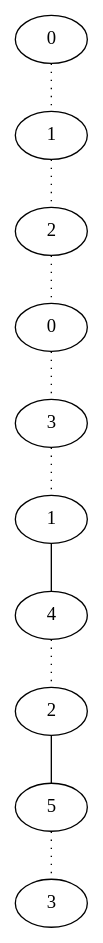
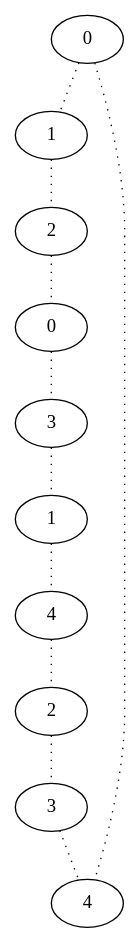
Before and after one commit to d1laj/Stage-M2: the diagram in TestPathsv1/result/10.dot, drawn with Graphviz. The commit also changed 12 other files, not shown here.

```diff
--- a/TestPathsv1/result/10.dot
+++ b/TestPathsv1/result/10.dot
@@ -1,21 +1,22 @@
 graph {
 a[label=0]
 b[label=1]
 c[label=2]
 d[label=0]
 e[label=3]
 f[label=1]
 g[label=4]
 h[label=2]
-i[label=5]
-j[label=3]
+i[label=3]
+j[label=4]
 a -- b [style=dotted];
 b -- c [style=dotted];
 c -- d [style=dotted];
 d -- e [style=dotted];
 e -- f [style=dotted];
-f -- g;
+f -- g [style=dotted];
 g -- h [style=dotted];
-h -- i;
+h -- i [style=dotted];
 i -- j [style=dotted];
+a -- j [style=dotted];
 }
```
